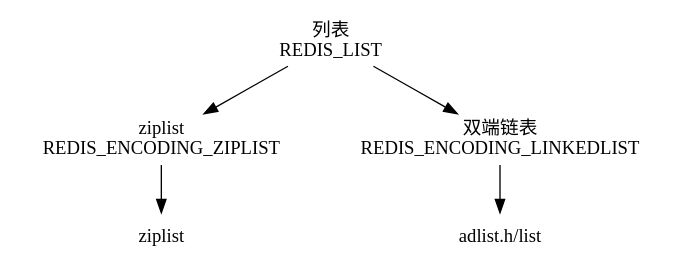
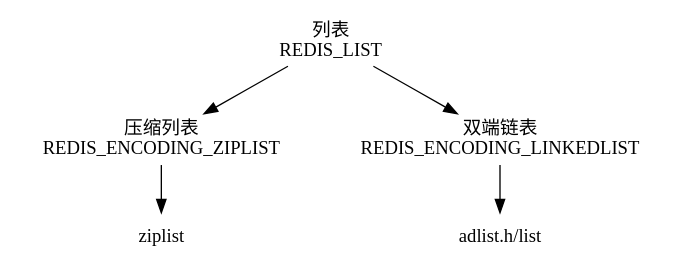
Before and after one commit to huangzworks/redisbook: the diagram in datatype/image/redis_list.dot, drawn with Graphviz. The commit also changed 6 other files, not shown here.

```diff
--- a/datatype/image/redis_list.dot
+++ b/datatype/image/redis_list.dot
@@ -1,30 +1,30 @@
 digraph redis_list {
 
     node[shape=plaintext];
 
     // type
 
     REDIS_LIST [label="列表\nREDIS_LIST"];
 
     // encoding
 
-    REDIS_ENCODING_ZIPLIST [label="ziplist\nREDIS_ENCODING_ZIPLIST"];
+    REDIS_ENCODING_ZIPLIST [label="压缩列表\nREDIS_ENCODING_ZIPLIST"];
     REDIS_ENCODING_LINKEDLIST [label="双端链表\nREDIS_ENCODING_LINKEDLIST"];
 
     // edge
 
     REDIS_LIST -> REDIS_ENCODING_LINKEDLIST;
     REDIS_LIST -> REDIS_ENCODING_ZIPLIST;
 
     REDIS_ENCODING_LINKEDLIST -> list;
     REDIS_ENCODING_ZIPLIST -> ziplist;
 
     // datastruct 1
     
     list [label="adlist.h/list"];
 
     // datastruct 2
 
     ziplist [label="ziplist"];
 
 }
```
